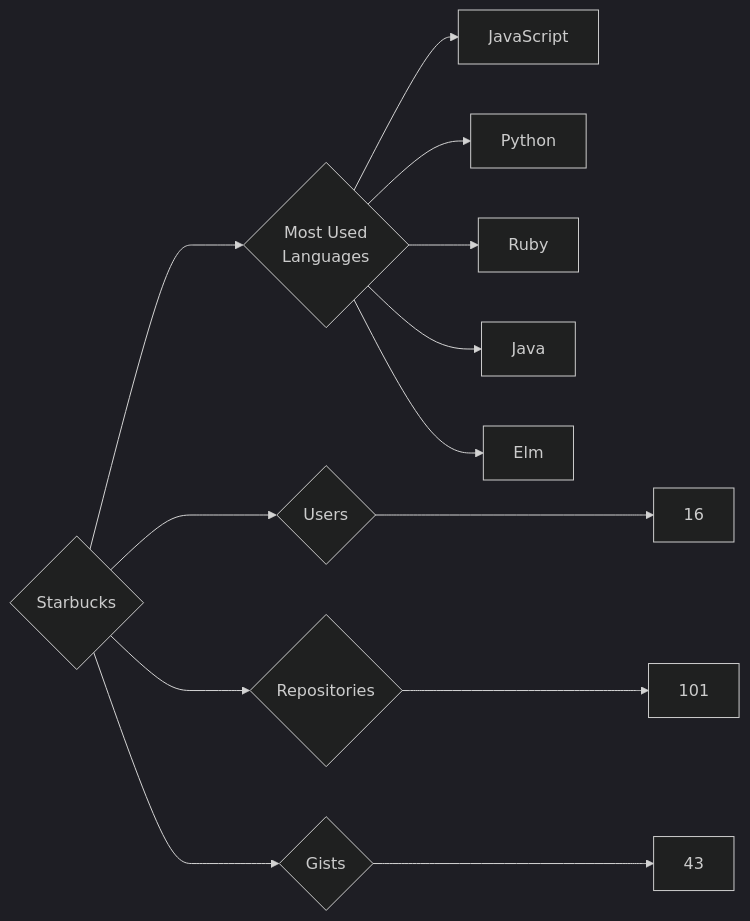
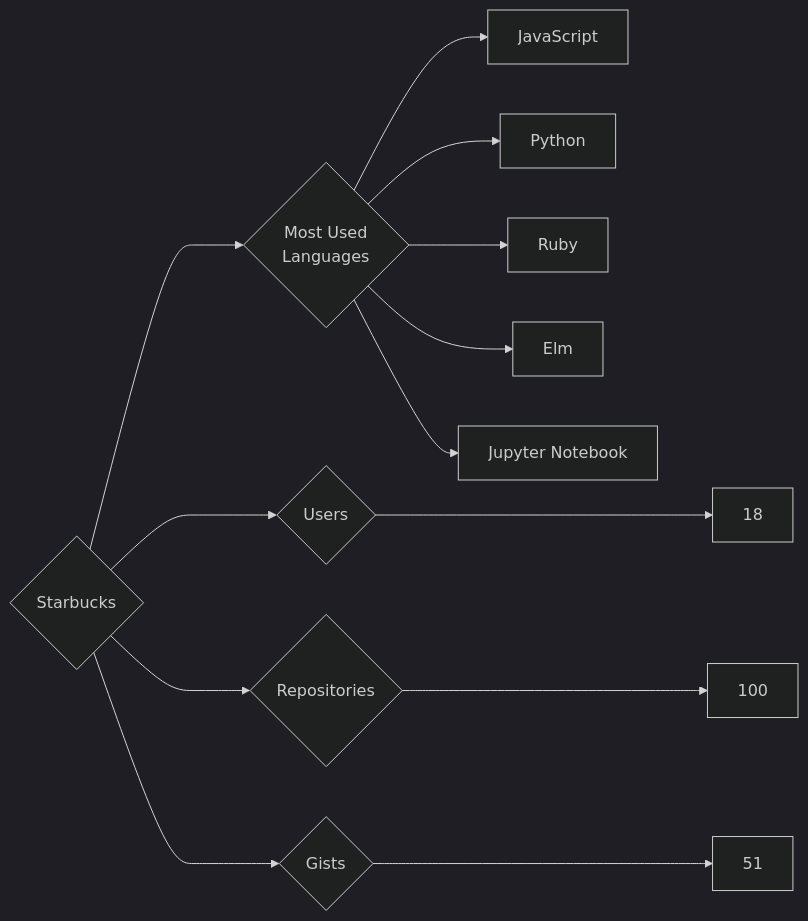
The diagram in targets/Starbucks/README.md (trickest/insiders), drawn with Mermaid (dark theme) before and after one commit. The commit also changed 973 other files, not shown here.

````diff
--- a/targets/Starbucks/README.md
+++ b/targets/Starbucks/README.md
@@ -3,13 +3,13 @@
 ```mermaid
 graph LR
 COMPANY_NAME{Starbucks}
-COMPANY_NAME ---> U{Users} ---> UN[16]
-COMPANY_NAME ---> R{Repositories} ---> RN[101]
-COMPANY_NAME ---> G{Gists} ---> GN[43]
+COMPANY_NAME ---> U{Users} ---> UN[18]
+COMPANY_NAME ---> R{Repositories} ---> RN[100]
+COMPANY_NAME ---> G{Gists} ---> GN[51]
 COMPANY_NAME ---> ML{Most Used<br>Languages}
 ML --> JavaScript[JavaScript]
 ML --> Python[Python]
 ML --> Ruby[Ruby]
-ML --> Java[Java]
 ML --> Elm[Elm]
+ML --> Jupyter_Notebook[Jupyter Notebook]
 ```
````
